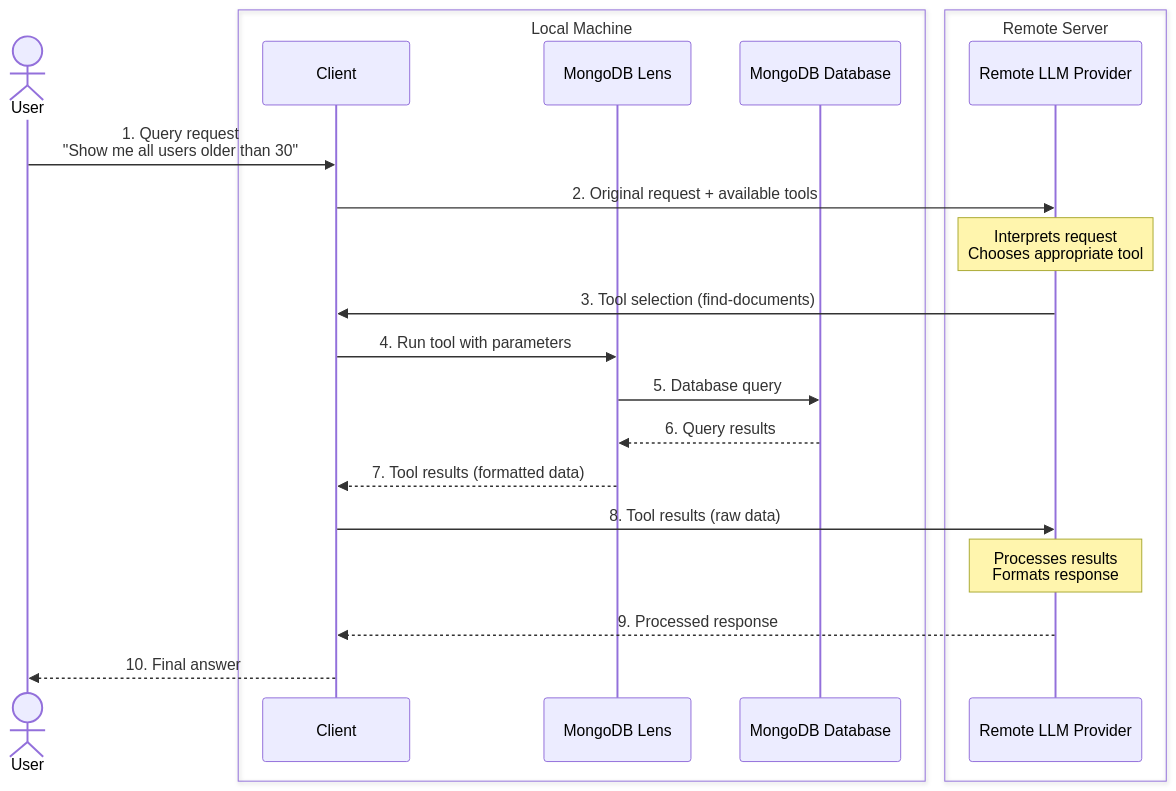
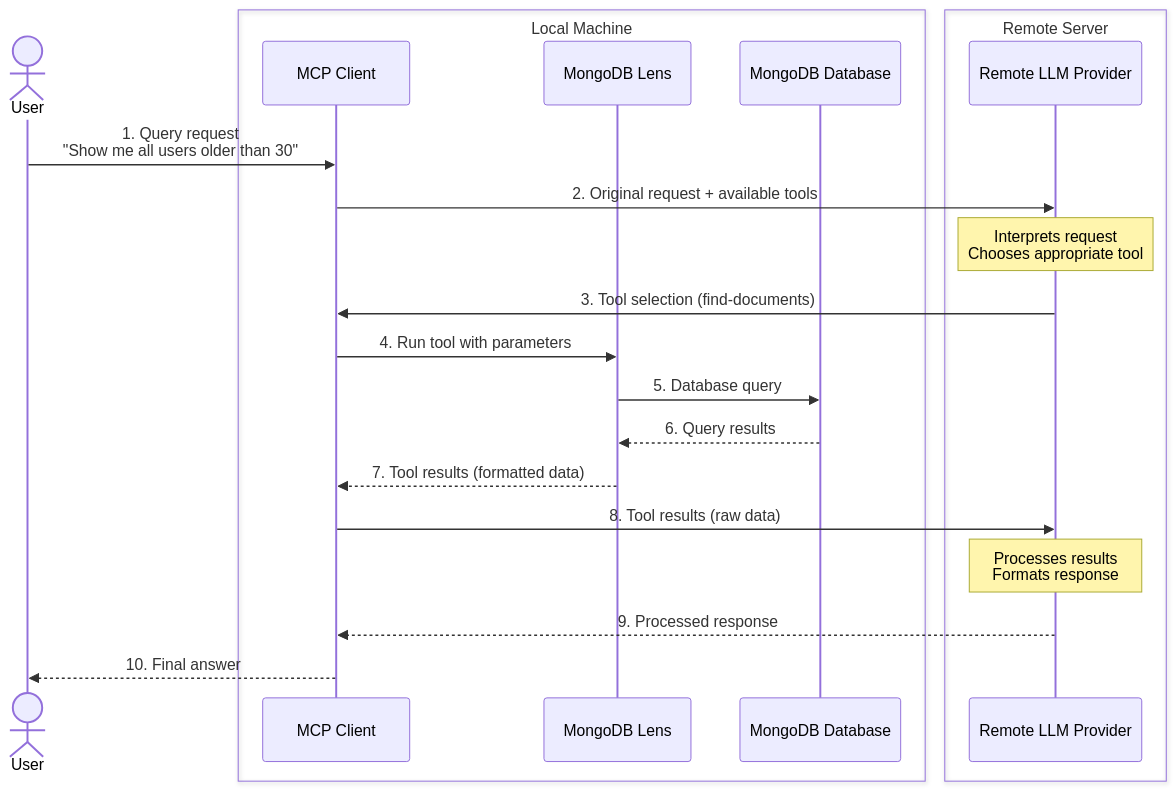
The diagram in README.md (sparoodata/mongolens_new), drawn with Mermaid before and after one commit. The commit also changed other lines of this file, not shown here.

````diff
--- a/README.md
+++ b/README.md
@@ -898,25 +898,25 @@
 ```mermaid
 sequenceDiagram
     actor User
     box Local Machine #d4f1f9
-        participant Client
+        participant Client as MCP Client
         participant Lens as MongoDB Lens
         participant MongoDB as MongoDB Database
     end
     box Remote Server #ffe6cc
         participant LLM as Remote LLM Provider
     end
 
     User->>Client: 1. Query request<br>"Show me all users older than 30"
     Client->>LLM: 2. Original request + available tools
     Note over LLM: Interprets request<br>Chooses appropriate tool
     LLM->>Client: 3. Tool selection (find-documents)
     Client->>Lens: 4. Run tool with parameters
     Lens->>MongoDB: 5. Database query
     MongoDB-->>Lens: 6. Query results
     Lens-->>Client: 7. Tool results (formatted data)
     Client->>LLM: 8. Tool results (raw data)
     Note over LLM: Processes results<br>Formats response
     LLM-->>Client: 9. Processed response
     Client-->>User: 10. Final answer
 ```
````
